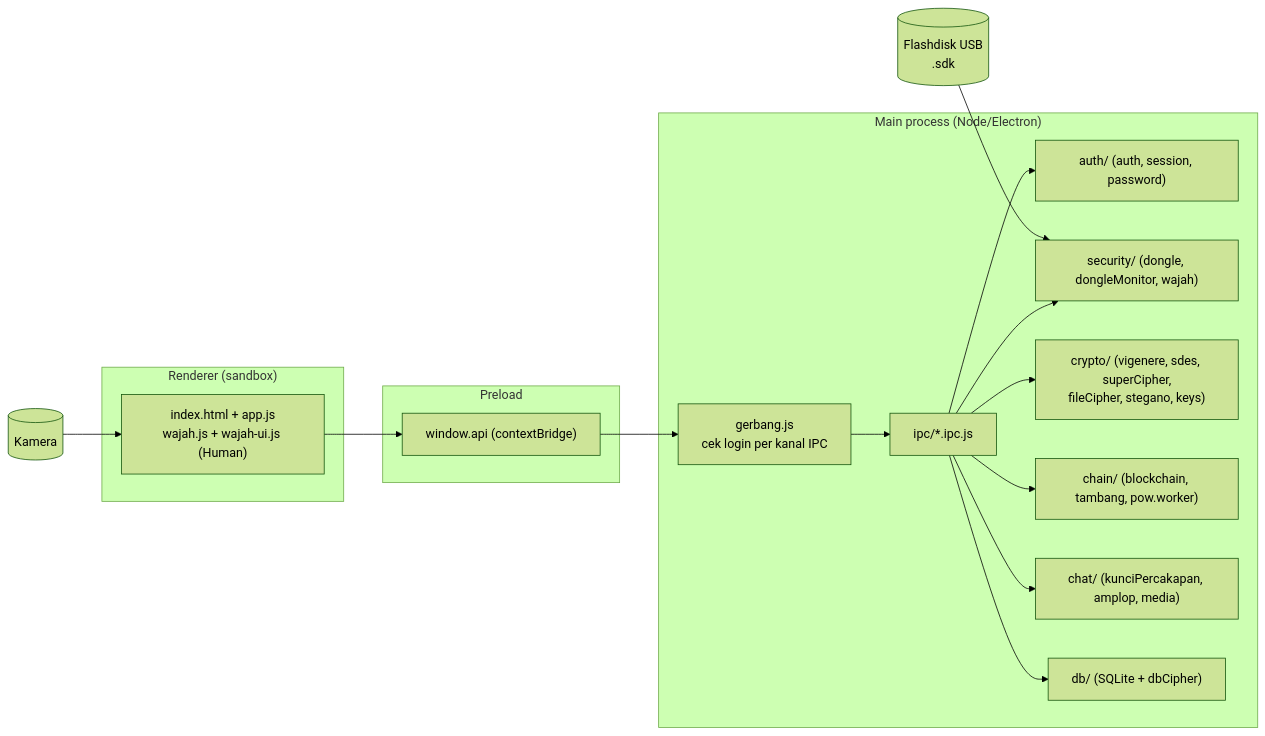
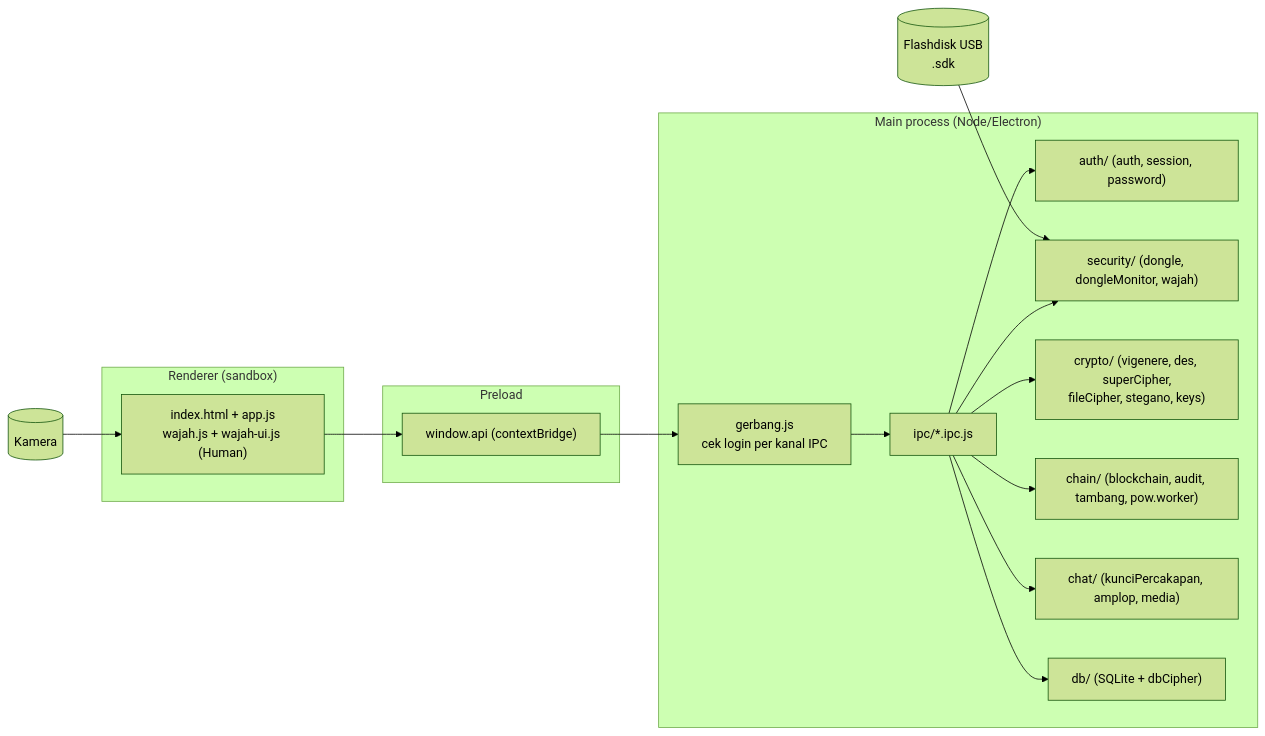
One commit to anubluskrin/TA-Kriptoasik changed the first of 3 diagrams in README.md. Above: the diagram before and after it, drawn with Mermaid (forest theme). The commit also changed other lines of this file, not shown here.

````diff
--- a/README.md
+++ b/README.md
@@ -52,23 +68,23 @@
 ```mermaid
 flowchart LR
   subgraph Renderer["Renderer (sandbox)"]
     UI["index.html + app.js\nwajah.js + wajah-ui.js (Human)"]
   end
   subgraph Preload["Preload"]
     API["window.api (contextBridge)"]
   end
   subgraph Main["Main process (Node/Electron)"]
     GATE["gerbang.js\ncek login per kanal IPC"]
     IPC["ipc/*.ipc.js"]
     AUTH["auth/ (auth, session, password)"]
     SEC["security/ (dongle, dongleMonitor, wajah)"]
-    CRY["crypto/ (vigenere, sdes, superCipher,\nfileCipher, stegano, keys)"]
-    CHAIN["chain/ (blockchain, tambang, pow.worker)"]
+    CRY["crypto/ (vigenere, des, superCipher,\nfileCipher, stegano, keys)"]
+    CHAIN["chain/ (blockchain, audit, tambang, pow.worker)"]
     CHAT["chat/ (kunciPercakapan, amplop, media)"]
     DB["db/ (SQLite + dbCipher)"]
   end
   UI --> API --> GATE --> IPC
   IPC --> AUTH & SEC & CRY & CHAIN & CHAT & DB
   USB[("Flashdisk USB\n.sdk")] --> SEC
   CAM[("Kamera")] --> UI
 ```
````
